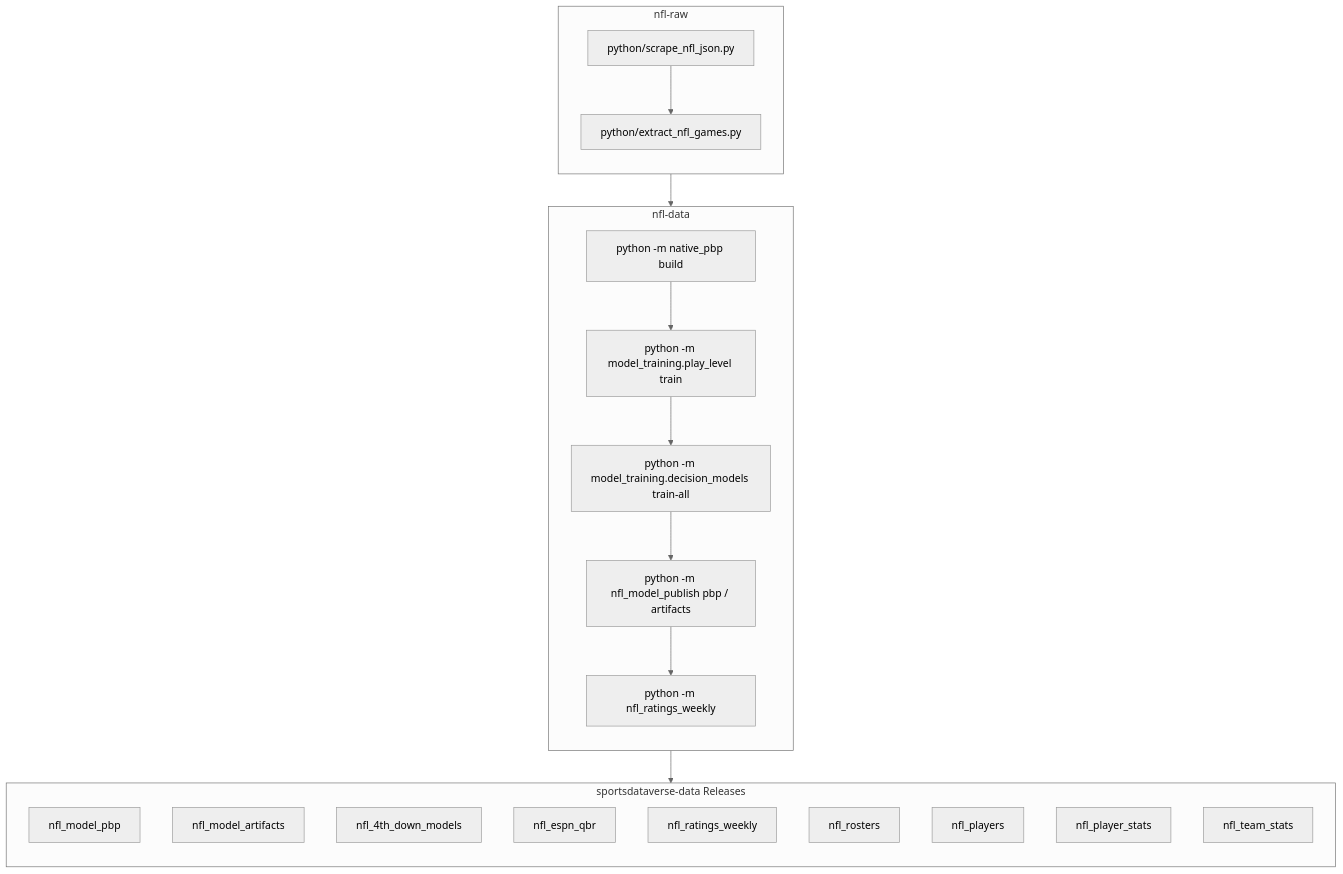
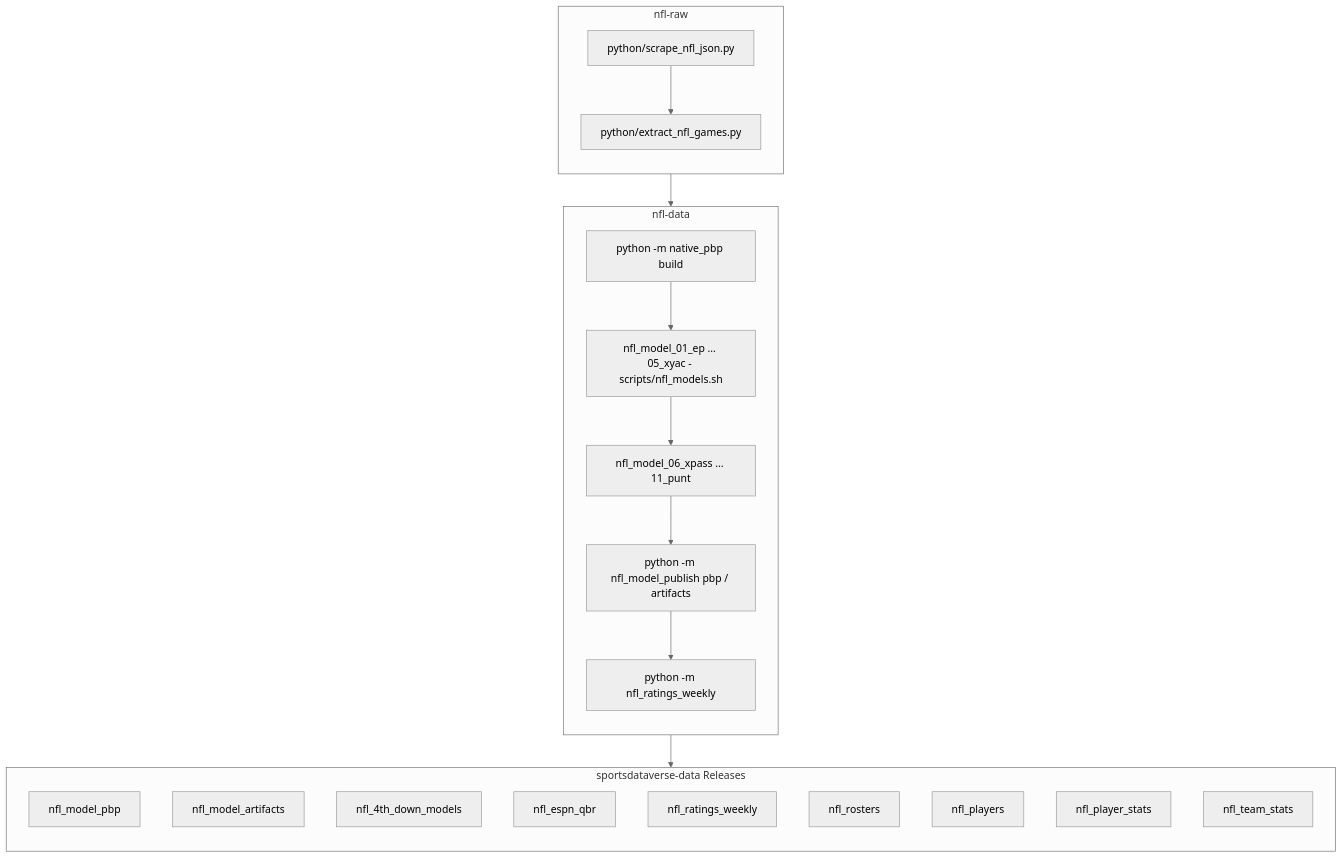
One commit to sportsdataverse/nfl-data changed the second of 2 diagrams in README.md. Above: the diagram before and after it, drawn with Mermaid (neutral theme).

Commit message:
docs(readme): pipeline diagram names the numbered model stages

````diff
--- a/README.md
+++ b/README.md
@@ -30,31 +30,31 @@
 ```mermaid
 flowchart TB;
     subgraph A[nfl-raw];
         direction TB;
         A0[python/scrape_nfl_json.py]-->A1[python/extract_nfl_games.py];
     end;
 
     subgraph B[nfl-data];
         direction TB;
-        B0[python -m native_pbp build]-->B1[python -m model_training.play_level train];
-        B1[python -m model_training.play_level train]-->B2[python -m model_training.decision_models train-all];
-        B2[python -m model_training.decision_models train-all]-->B3[python -m nfl_model_publish pbp / artifacts];
+        B0[python -m native_pbp build]-->B1[nfl_model_01_ep ... 05_xyac - scripts/nfl_models.sh];
+        B1[nfl_model_01_ep ... 05_xyac - scripts/nfl_models.sh]-->B2[nfl_model_06_xpass ... 11_punt];
+        B2[nfl_model_06_xpass ... 11_punt]-->B3[python -m nfl_model_publish pbp / artifacts];
         B3[python -m nfl_model_publish pbp / artifacts]-->B4[python -m nfl_ratings_weekly];
     end;
 
     subgraph C[sportsdataverse-data Releases];
         direction TB;
         C1[nfl_model_pbp];
         C2[nfl_model_artifacts];
         C3[nfl_4th_down_models];
         C4[nfl_espn_qbr];
         C5[nfl_ratings_weekly];
         C6[nfl_rosters];
         C7[nfl_players];
         C8[nfl_player_stats];
         C9[nfl_team_stats];
     end;
 
     A-->B;
     B-->C;
 ```
````
